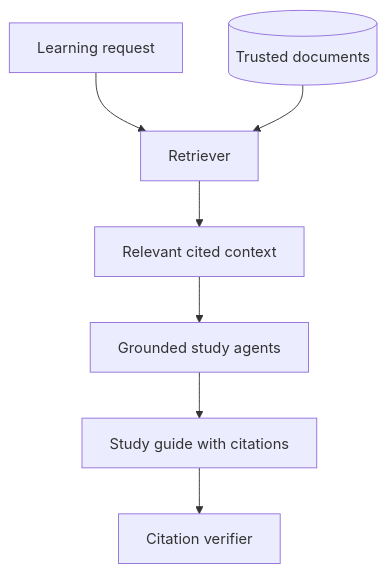
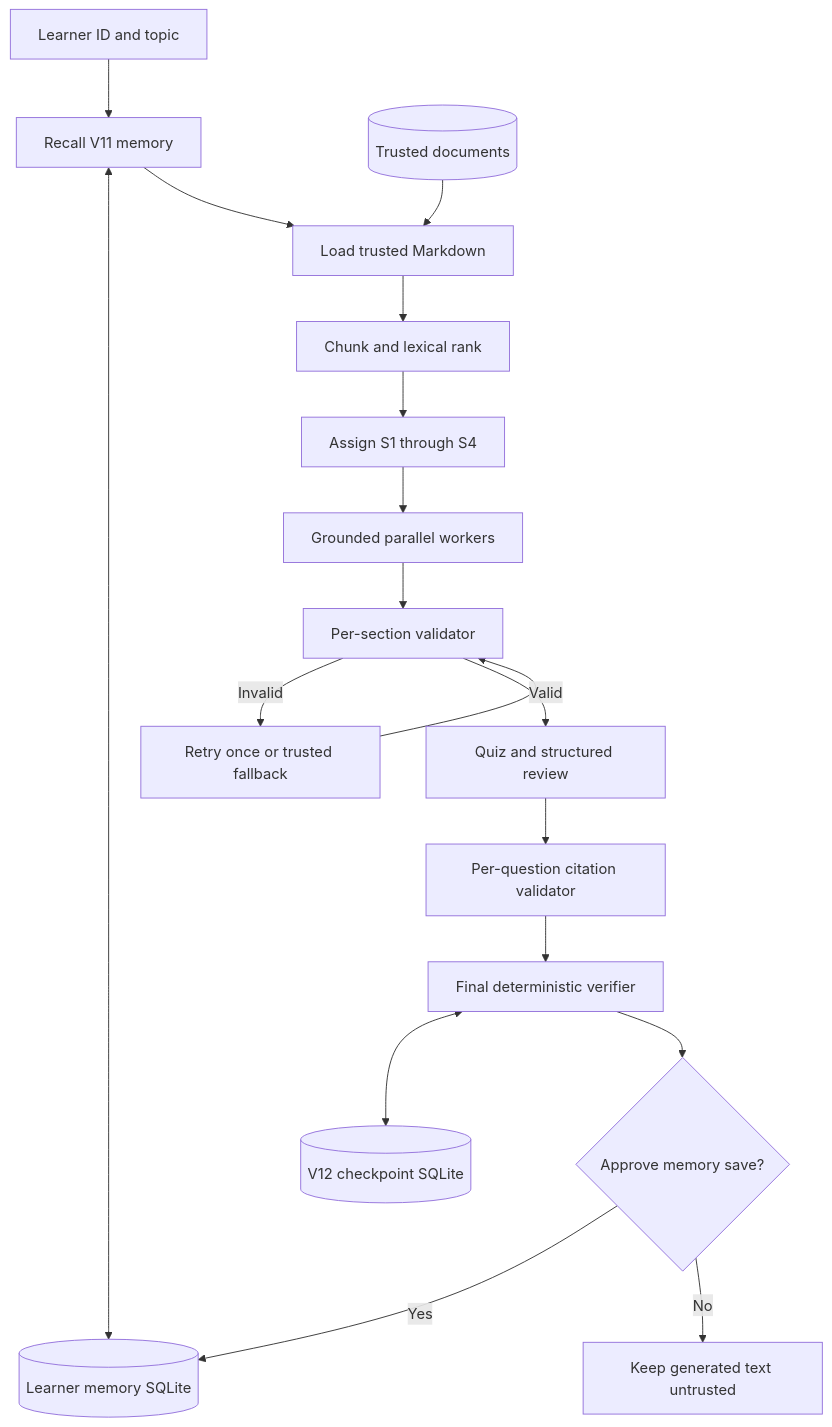
One commit to anne500/multi-agent-study-guide changed diagram 14 of 20 in docs/ARCHITECTURE.md. Above: the diagram before and after it, drawn with Mermaid. The commit also changed other lines of this file and 6 other files, not shown here.

Commit message:
Add V12 trusted retrieval with verified citations

````diff
--- a/docs/ARCHITECTURE.md
+++ b/docs/ARCHITECTURE.md
@@ -246,9 +246,20 @@
 ```mermaid
 flowchart TD
-    A[Learning request] --> B[Retriever]
-    C[(Trusted documents)] --> B
-    B --> D[Relevant cited context]
-    D --> E[Grounded study agents]
-    E --> F[Study guide with citations]
-    F --> G[Citation verifier]
+    A[Learner ID and topic] --> B[Recall V11 memory]
+    B <--> C[(Learner memory SQLite)]
+    B --> D[Load trusted Markdown]
+    E[(Trusted documents)] --> D
+    D --> F[Chunk and lexical rank]
+    F --> G[Assign S1 through S4]
+    G --> H[Grounded parallel workers]
+    H --> I[Per-section validator]
+    I -->|Invalid| J[Retry once or trusted fallback]
+    J --> I
+    I -->|Valid| K[Quiz and structured review]
+    K --> L[Per-question citation validator]
+    L --> M[Final deterministic verifier]
+    M <--> N[(V12 checkpoint SQLite)]
+    M --> O{Approve memory save?}
+    O -->|Yes| C
+    O -->|No| P[Keep generated text untrusted]
 ```
````
